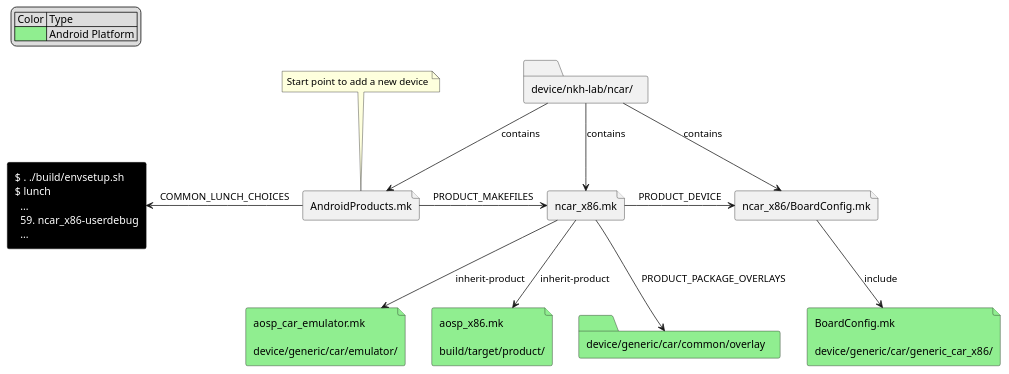
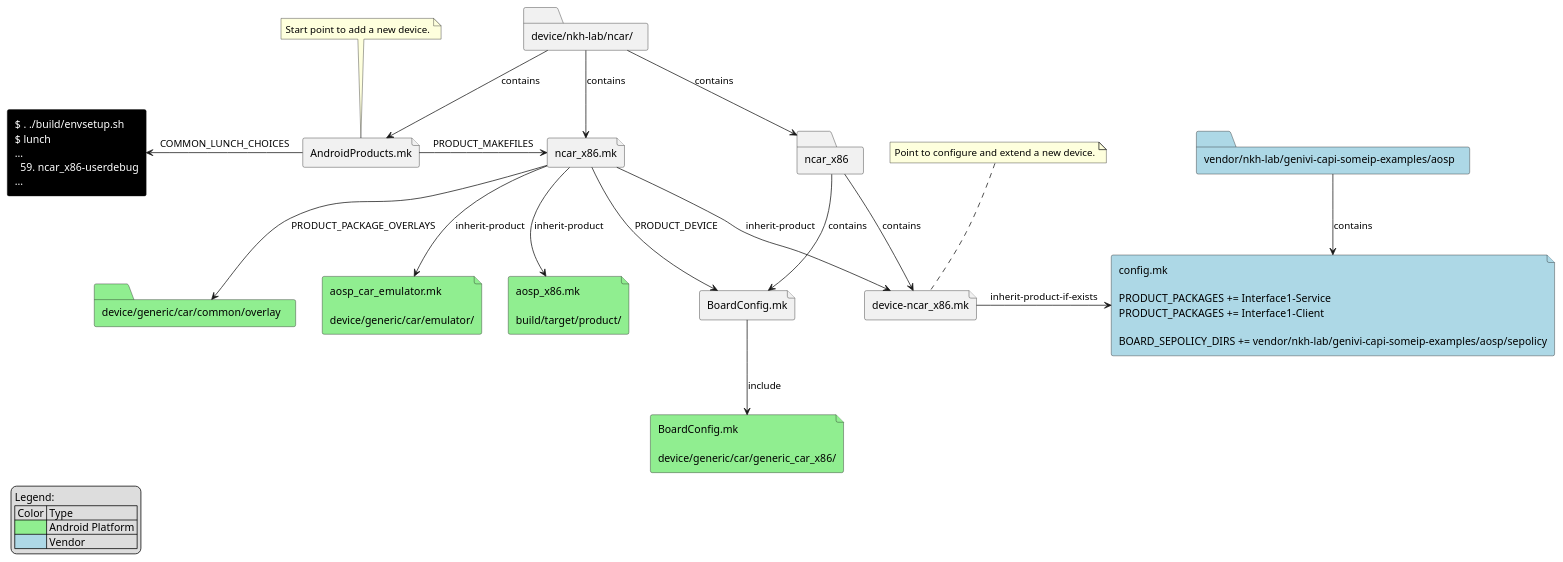
Before and after one commit to nkh-lab/aosp-ncar-device: the diagram in doc/diagram/device-deployment.puml, drawn with PlantUML. The commit also changed 1 other file, not shown here.

Commit message:
Add device-ncar_x86.mk to device-deployment.puml

```diff
--- a/doc/diagram/device-deployment.puml
+++ b/doc/diagram/device-deployment.puml
@@ -1,65 +1,91 @@
 @startuml
 
-legend top left
+legend left
+    Legend:
     | Color | Type |
     |<#LightGreen>| Android Platform |
+    |<#LightBlue>| Vendor |
 endlegend
 
 rectangle lunch #black;text:white [
-$ . ./build/envsetup.sh
-$ lunch
-  ...
-  59. ncar_x86-userdebug
-  ...
+    $ . ./build/envsetup.sh
+    $ lunch
+    ...
+      59. ncar_x86-userdebug
+    ...
 ]
-
+    
 ' Android Platform
-folder generic_car_common_overlay #LightGreen[
-device/generic/car/common/overlay
+folder generic_car_common_overlay #LightGreen [
+    device/generic/car/common/overlay
 ]
 
 file aosp_car_emulator.mk #LightGreen [
-aosp_car_emulator.mk
+    aosp_car_emulator.mk
 
-device/generic/car/emulator/
+    device/generic/car/emulator/
 ]
+
 file aosp_x86.mk #LightGreen [
-aosp_x86.mk 
+    aosp_x86.mk 
 
-build/target/product/
+    build/target/product/
 ]
+
 file aosp_BoardConfig.mk #LightGreen [
-BoardConfig.mk
+    BoardConfig.mk
 
-device/generic/car/generic_car_x86/
+    device/generic/car/generic_car_x86/
 ]
 
 ' New device stuff
 folder ncar [
-device/nkh-lab/ncar/
+    device/nkh-lab/ncar/
 ]
 
 file AndroidProducts.mk
 file ncar_x86.mk
-file BoardConfig.mk [
-ncar_x86/BoardConfig.mk
+folder ncar_x86
+file BoardConfig.mk
+file device_ncar_x86.mk [
+    device-ncar_x86.mk
 ]
 
-note top of AndroidProducts.mk : Start point to add a new device
+note top of AndroidProducts.mk : Start point to add a new device.
+note top of device_ncar_x86.mk : Point to configure and extend a new device.
+
+' Vendor stuff
+folder vendor  #LightBlue [
+    vendor/nkh-lab/genivi-capi-someip-examples/aosp
+]
+
+file config.mk #LightBlue [
+    config.mk
+
+    PRODUCT_PACKAGES += Interface1-Service
+    PRODUCT_PACKAGES += Interface1-Client
+
+    BOARD_SEPOLICY_DIRS += vendor/nkh-lab/genivi-capi-someip-examples/aosp/sepolicy
+]
 
 ncar -down-> AndroidProducts.mk : contains
 ncar -down-> ncar_x86.mk : contains
-ncar -down-> BoardConfig.mk : contains
-
+ncar -down-> ncar_x86 : contains
+ncar_x86 -down-> BoardConfig.mk : contains
+ncar_x86 -down-> device_ncar_x86.mk : contains
 
 AndroidProducts.mk -> ncar_x86.mk : PRODUCT_MAKEFILES
 AndroidProducts.mk -left-> lunch : COMMON_LUNCH_CHOICES
 
 ncar_x86.mk --> generic_car_common_overlay : PRODUCT_PACKAGE_OVERLAYS
 ncar_x86.mk --> aosp_car_emulator.mk : inherit-product
 ncar_x86.mk --> aosp_x86.mk : inherit-product
 ncar_x86.mk -right-> BoardConfig.mk : PRODUCT_DEVICE
+ncar_x86.mk -right-> device_ncar_x86.mk : inherit-product
 
 BoardConfig.mk --> aosp_BoardConfig.mk : include
 
+vendor --> config.mk : contains
+device_ncar_x86.mk -right-> config.mk : inherit-product-if-exists
+
 @enduml 
```
